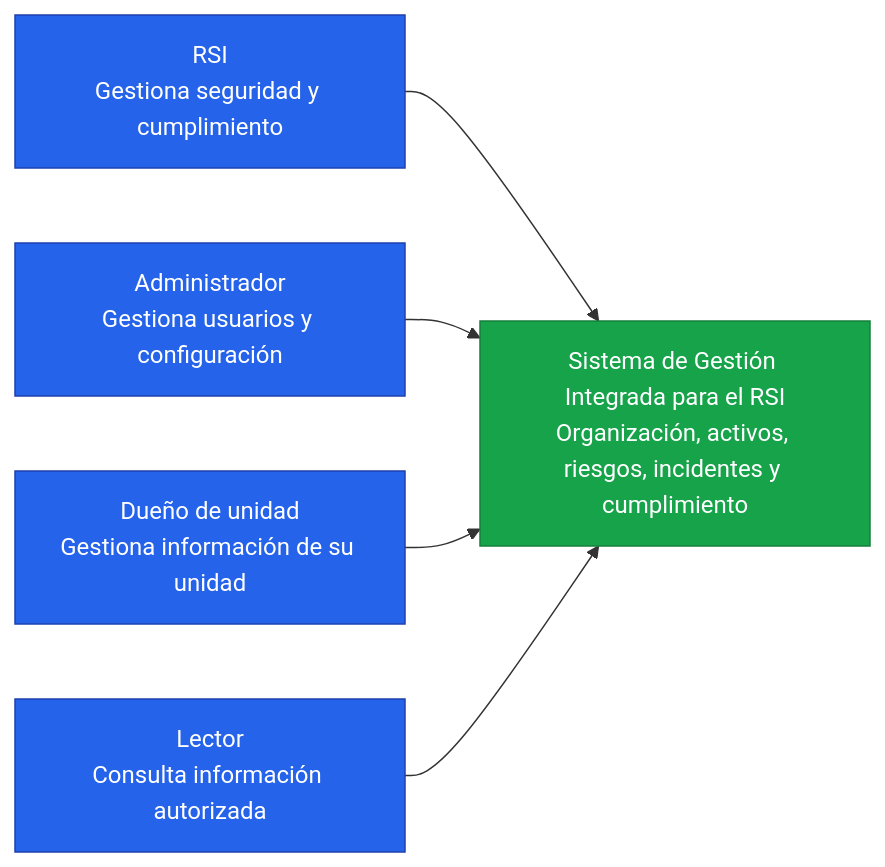
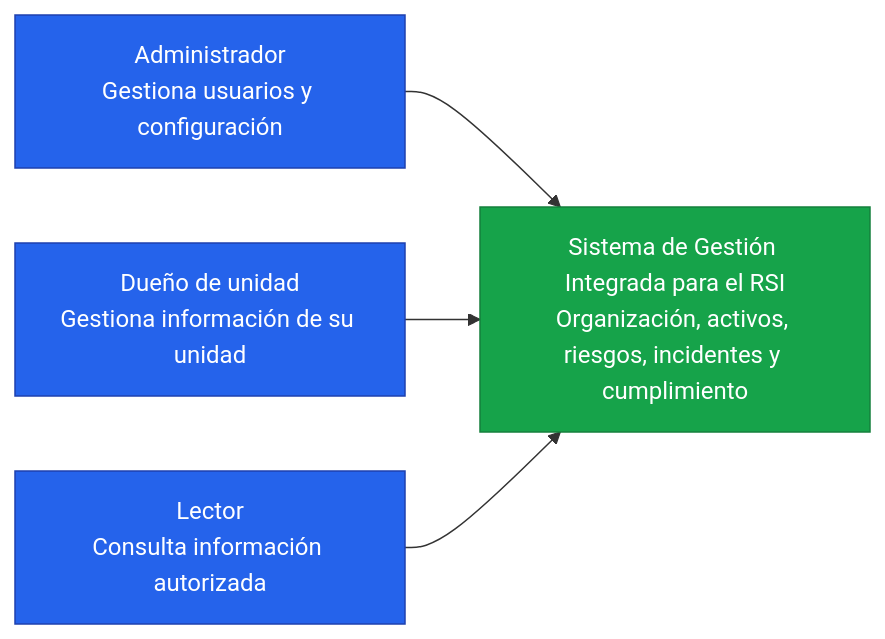
Before and after one commit to DieAndres/sistema-rsi: the first of 3 diagrams in docs/00-arquitectura.md, drawn with Mermaid. The commit also changed other lines of this file and 1 other file, not shown here.

````diff
--- a/docs/00-arquitectura.md
+++ b/docs/00-arquitectura.md
@@ -19,17 +19,15 @@
 ```mermaid
 flowchart LR
-    RSI[RSI<br/>Gestiona seguridad y cumplimiento]
     Admin[Administrador<br/>Gestiona usuarios y configuración]
     Dueño[Dueño de unidad<br/>Gestiona información de su unidad]
     Lector[Lector<br/>Consulta información autorizada]
     Sistema[Sistema de Gestión Integrada para el RSI<br/>Organización, activos, riesgos, incidentes y cumplimiento]
-    RSI --> Sistema
     Admin --> Sistema
     Dueño --> Sistema
     Lector --> Sistema
 
     classDef actor fill:#2563eb,color:#fff,stroke:#1e40af
     classDef system fill:#16a34a,color:#fff,stroke:#15803d
-    class RSI,Admin,Dueño,Lector actor
+    class Admin,Dueño,Lector actor
     class Sistema system
 ```
````
